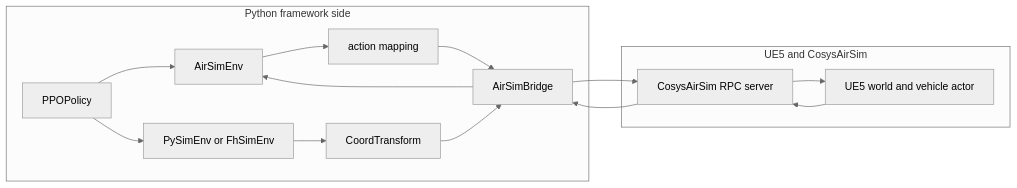
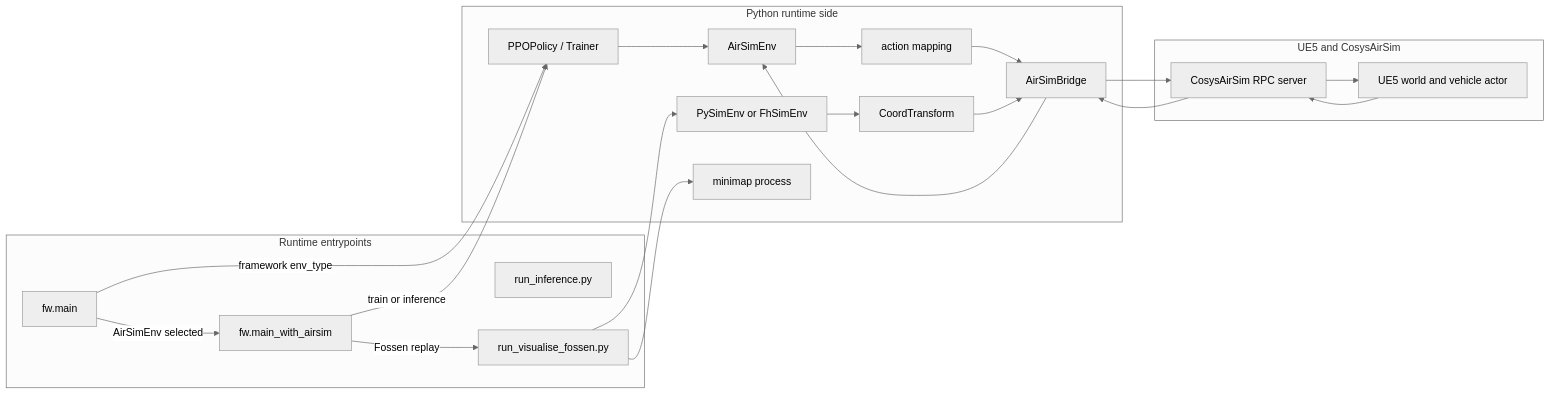
Before and after one commit to UAntwerpM4S/RudoLF: the second of 5 diagrams in docs/airsim_architecture.md, drawn with Mermaid (neutral theme). The commit also changed other lines of this file and 2 other files, not shown here.

Commit message:
Minor improvements and logic fix with documentation.

````diff
--- a/docs/airsim_architecture.md
+++ b/docs/airsim_architecture.md
@@ -98,30 +98,43 @@
 ```mermaid
 flowchart LR
-    subgraph FrameworkSide[Python framework side]
-        policy[PPOPolicy]
+    subgraph EntryPoints[Runtime entrypoints]
+        main[fw.main]
+        airsimMain[fw.main_with_airsim]
+        inference[run_inference.py]
+        replay[run_visualise_fossen.py]
+    end
+
+    subgraph FrameworkSide[Python runtime side]
+        policy[PPOPolicy / Trainer]
         airsimEnv[AirSimEnv]
         fossenEnv[PySimEnv or FhSimEnv]
         mapping[action mapping]
         transformSvc[CoordTransform]
         bridgeSvc[AirSimBridge]
+        minimap[minimap process]
     end
 
     subgraph UE5Side[UE5 and CosysAirSim]
         rpc[CosysAirSim RPC server]
         ue5[UE5 world and vehicle actor]
     end
 
+    main -->|AirSimEnv selected| airsimMain
+    main -->|framework env_type| policy
+    airsimMain -->|train or inference| policy
+    airsimMain -->|Fossen replay| replay
+
     policy --> airsimEnv
-    policy --> fossenEnv
-
+    replay --> fossenEnv
+    replay --> minimap
     airsimEnv --> mapping
     mapping --> bridgeSvc
     bridgeSvc --> rpc
     rpc --> ue5
     ue5 --> rpc
     rpc --> bridgeSvc
     bridgeSvc --> airsimEnv
 
     fossenEnv --> transformSvc
     transformSvc --> bridgeSvc
 ```
````
